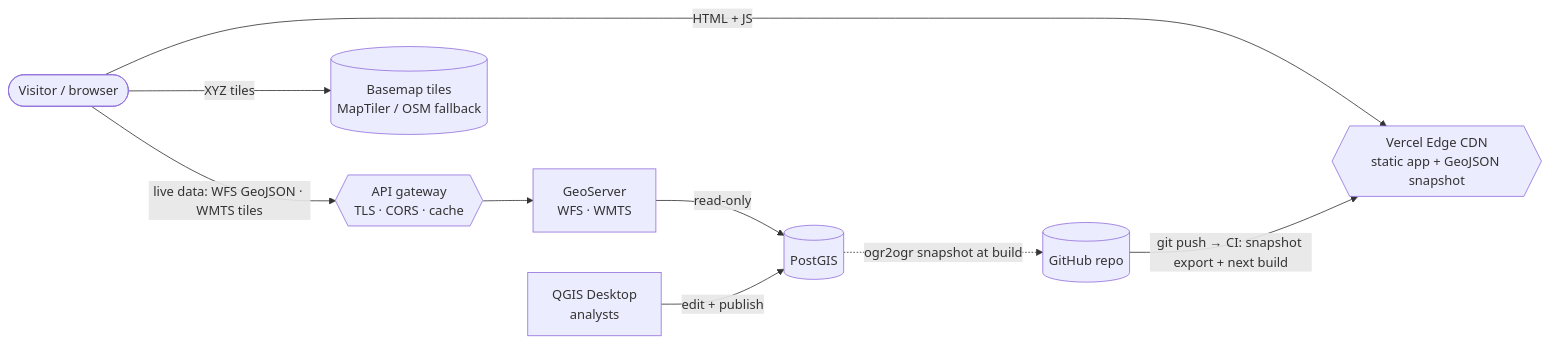
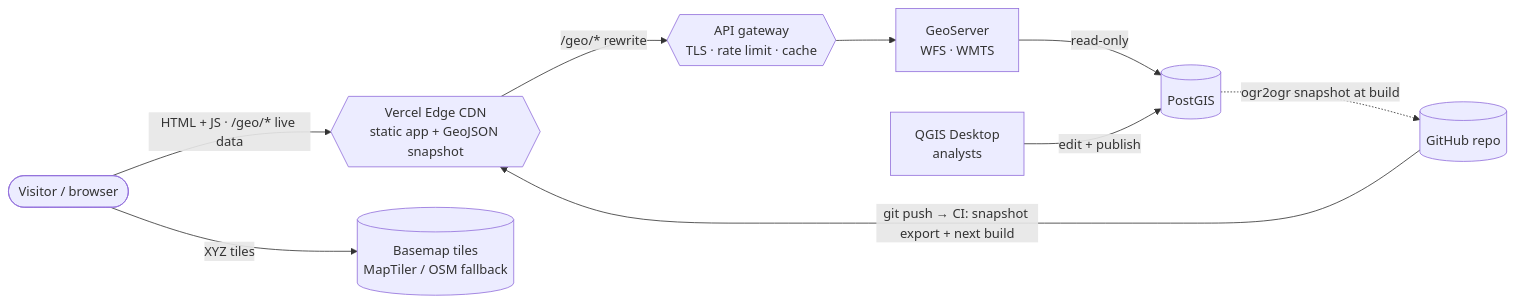
Before and after one commit to mahardisetyoso/jkt-webgis-catalyze: the first of 11 diagrams in docs/architecture.md, drawn with Mermaid. The commit also changed other lines of this file and 5 other files, not shown here.

First line of the commit message:
docs: route live data through a Vercel /geo/* rewrite

````diff
--- a/docs/architecture.md
+++ b/docs/architecture.md
@@ -47,20 +47,20 @@
 ```mermaid
 flowchart LR
     user([Visitor / browser])
     cdn{{Vercel Edge CDN<br/>static app + GeoJSON snapshot}}
-    gw{{API gateway<br/>TLS · CORS · cache}}
+    gw{{API gateway<br/>TLS · rate limit · cache}}
     gs[GeoServer<br/>WFS · WMTS]
     pg[(PostGIS)]
     qgis[QGIS Desktop<br/>analysts]
     basemap[(Basemap tiles<br/>MapTiler / OSM fallback)]
     gh[(GitHub repo)]
 
-    user -->|HTML + JS| cdn
-    user -->|live data: WFS GeoJSON · WMTS tiles| gw
+    user -->|HTML + JS · /geo/* live data| cdn
+    cdn -->|/geo/* rewrite| gw
     gw --> gs
     gs -->|read-only| pg
     qgis -->|edit + publish| pg
     user -->|XYZ tiles| basemap
     gh -->|git push → CI: snapshot export + next build| cdn
     pg -.->|ogr2ogr snapshot at build| gh
 ```
````
